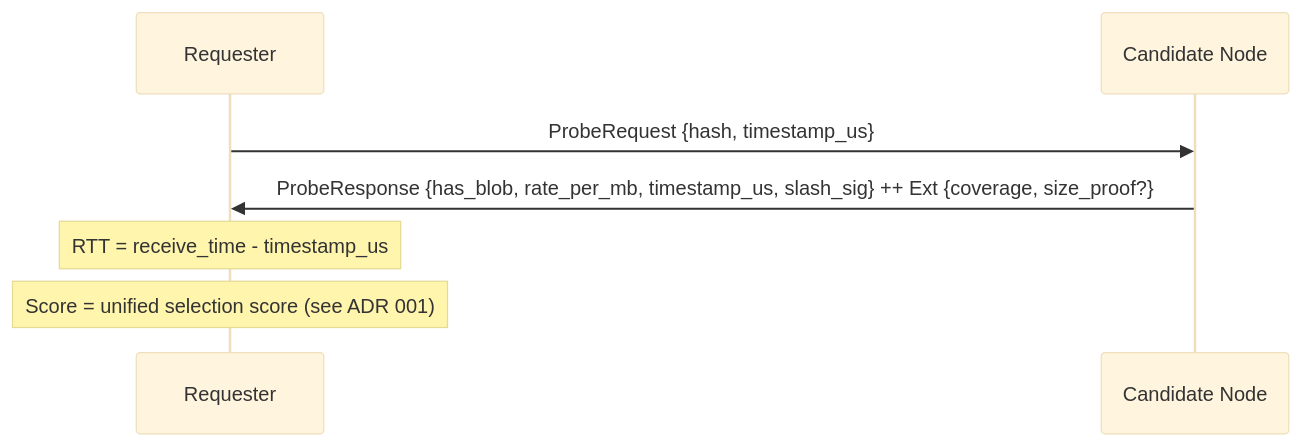
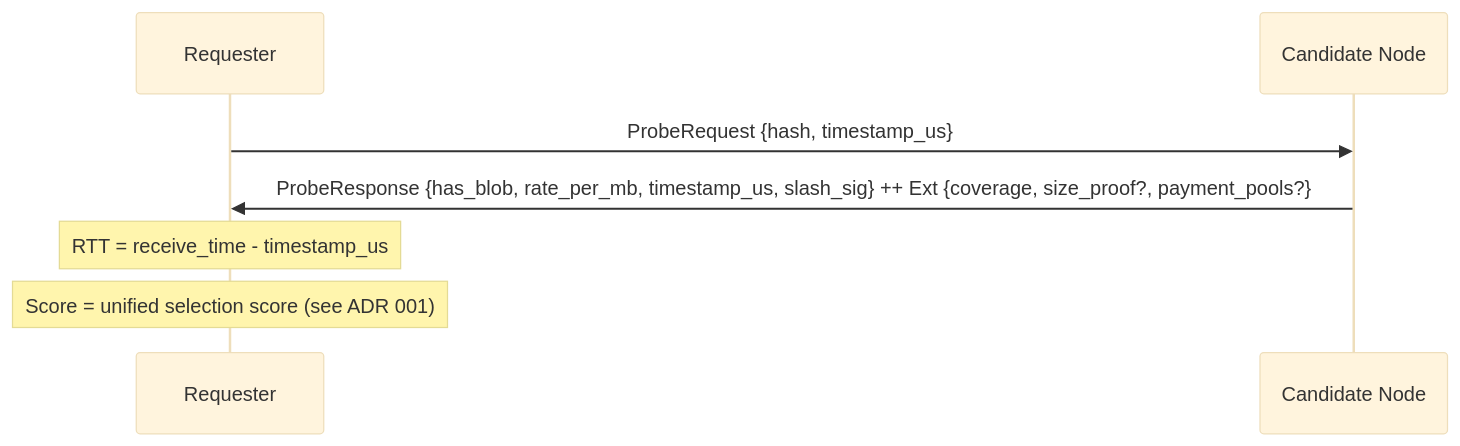
Before and after one commit to decdn/decdn: the first of 3 diagrams in adr/005-protocol.md, drawn with Mermaid (base theme). The commit also changed other lines of this file and 354 other files, not shown here.

````diff
--- a/adr/005-protocol.md
+++ b/adr/005-protocol.md
@@ -32,11 +32,11 @@
 ```mermaid
 sequenceDiagram
     participant R as Requester
     participant C as Candidate Node
 
     R->>C: ProbeRequest {hash, timestamp_us}
-    C->>R: ProbeResponse {has_blob, rate_per_mb, timestamp_us, slash_sig} ++ Ext {coverage, size_proof?}
+    C->>R: ProbeResponse {has_blob, rate_per_mb, timestamp_us, slash_sig} ++ Ext {coverage, size_proof?, payment_pools?}
 
     Note over R: RTT = receive_time - timestamp_us
     Note over R: Score = unified selection score (see ADR 001)
 ```
````
